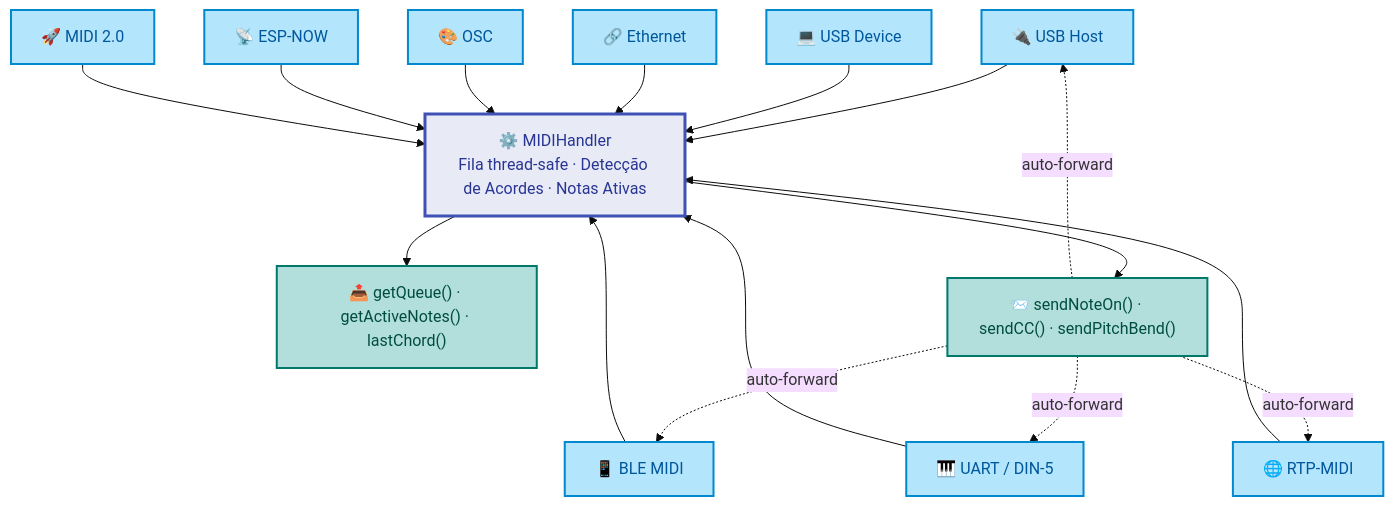
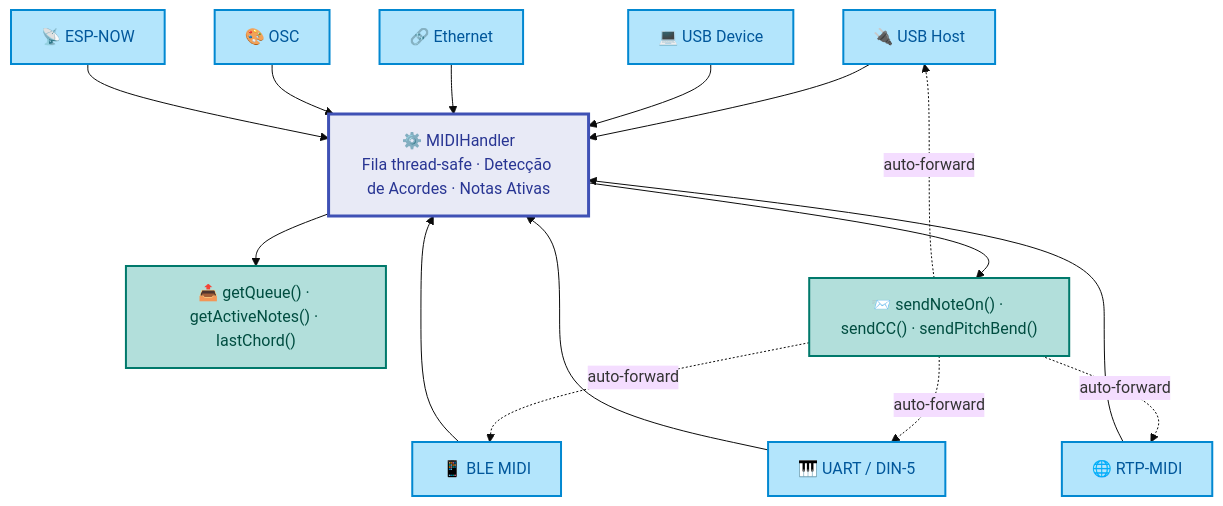
One commit to sauloverissimo/ESP32_Host_MIDI changed the diagram in docs/index.md. Above: the diagram before and after it, drawn with Mermaid (base theme). The commit also changed other lines of this file and 10 other files, not shown here.

````diff
--- a/docs/index.md
+++ b/docs/index.md
@@ -11,29 +11,28 @@
 ```mermaid
 flowchart TD
     classDef transport fill:#B3E5FC,color:#01579B,stroke:#0288D1,stroke-width:2px
     classDef handler   fill:#E8EAF6,color:#283593,stroke:#3F51B5,stroke-width:3px
     classDef output    fill:#B2DFDB,color:#004D40,stroke:#00796B,stroke-width:2px
 
     USB["🔌 USB Host"]:::transport
     BLE["📱 BLE MIDI"]:::transport
     DEV["💻 USB Device"]:::transport
     UART["🎹 UART / DIN-5"]:::transport
     RTP["🌐 RTP-MIDI"]:::transport
     ETH["🔗 Ethernet"]:::transport
     OSC["🎨 OSC"]:::transport
     NOW["📡 ESP-NOW"]:::transport
-    M2["🚀 MIDI 2.0"]:::transport
 
     HANDLER["⚙️ MIDIHandler\nFila thread-safe · Detecção de Acordes · Notas Ativas"]:::handler
 
     GET["📤 getQueue() · getActiveNotes() · lastChord()"]:::output
     SEND["📨 sendNoteOn() · sendCC() · sendPitchBend()"]:::output
 
     USB  & BLE  & DEV  --> HANDLER
     UART & RTP  & ETH  --> HANDLER
-    OSC  & NOW  & M2   --> HANDLER
+    OSC  & NOW        --> HANDLER
 
     HANDLER --> GET
     HANDLER --> SEND
     SEND -.->|auto-forward| USB & BLE & UART & RTP
 ```
````
